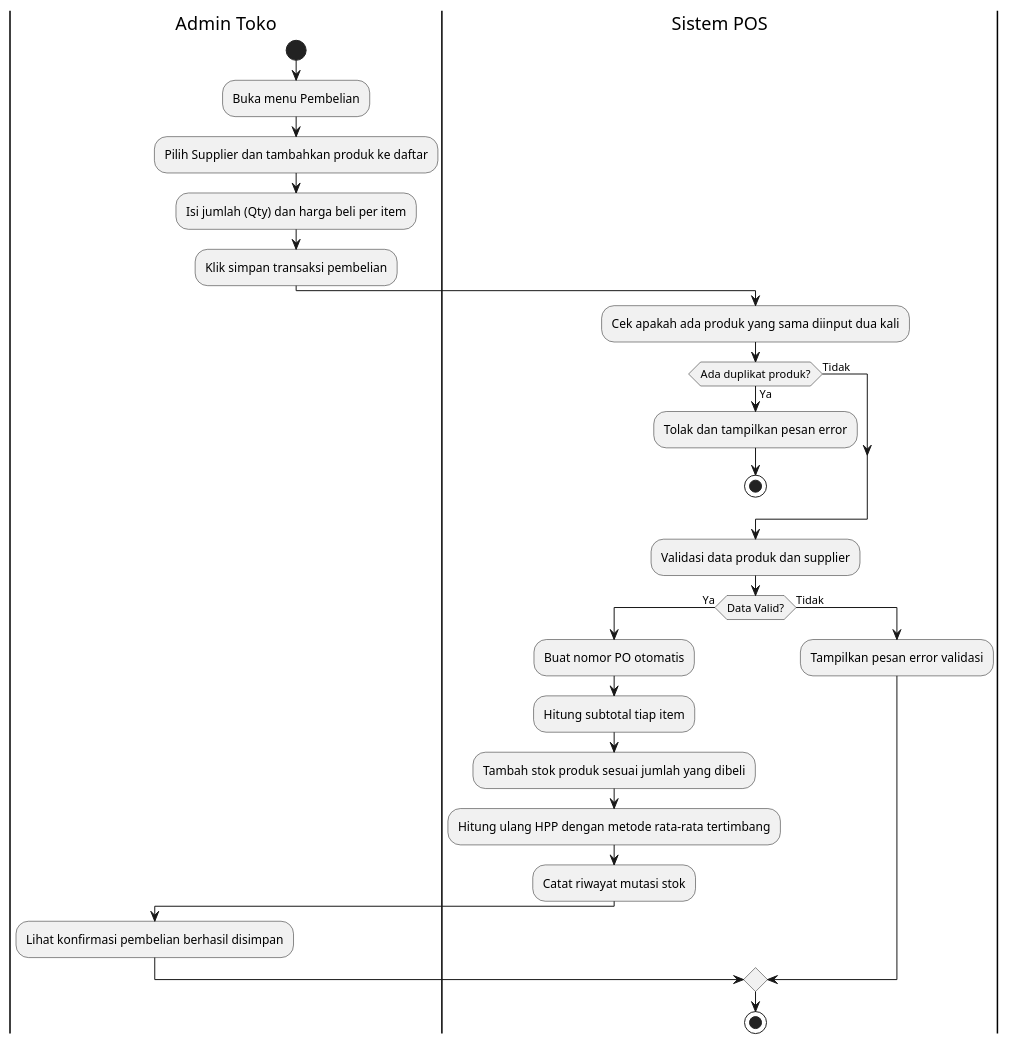
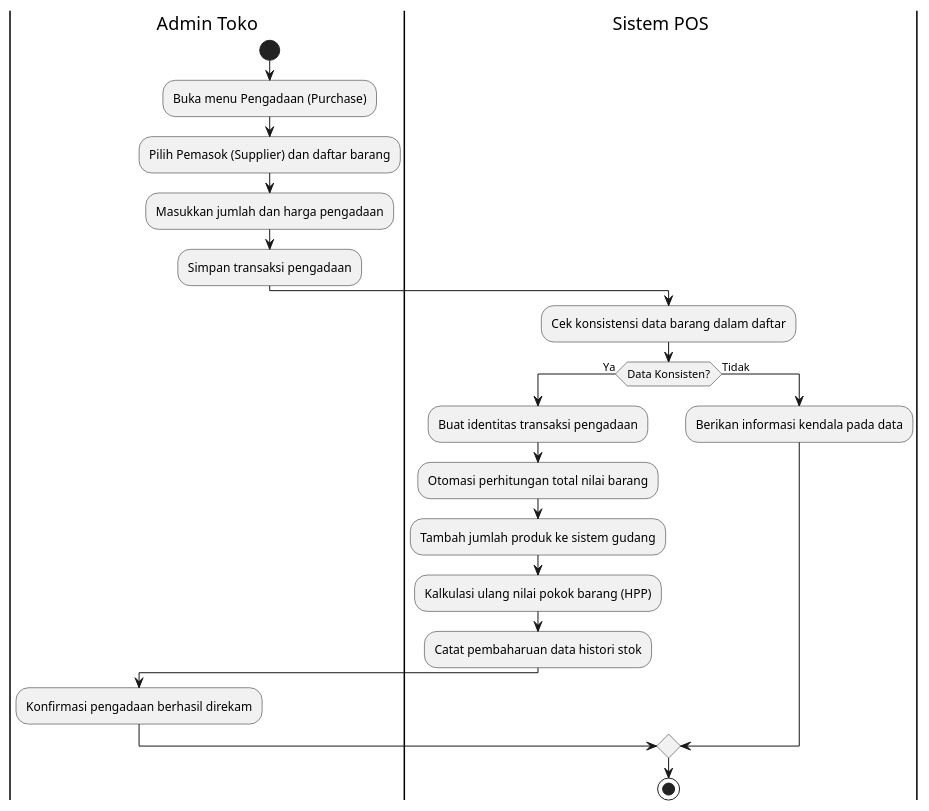
Before and after one commit to Aditiarzky/pos-app: the diagram in docs/uml-activity-purchase.puml, drawn with PlantUML. The commit also changed 21 other files, not shown here.

```diff
--- a/docs/uml-activity-purchase.puml
+++ b/docs/uml-activity-purchase.puml
@@ -1,30 +1,24 @@
 @startuml
 |Admin Toko|
 start
-:Buka menu Pembelian;
-:Pilih Supplier dan tambahkan produk ke daftar;
-:Isi jumlah (Qty) dan harga beli per item;
-:Klik simpan transaksi pembelian;
+:Buka menu Pengadaan (Purchase);
+:Pilih Pemasok (Supplier) dan daftar barang;
+:Masukkan jumlah dan harga pengadaan;
+:Simpan transaksi pengadaan;
 
 |Sistem POS|
-:Cek apakah ada produk yang sama diinput dua kali;
-if (Ada duplikat produk?) then (Ya)
-  :Tolak dan tampilkan pesan error;
-  stop
-else (Tidak)
-endif
-:Validasi data produk dan supplier;
-if (Data Valid?) then (Ya)
-  :Buat nomor PO otomatis;
-  :Hitung subtotal tiap item;
-  :Tambah stok produk sesuai jumlah yang dibeli;
-  :Hitung ulang HPP dengan metode rata-rata tertimbang;
-  :Catat riwayat mutasi stok;
+:Cek konsistensi data barang dalam daftar;
+if (Data Konsisten?) then (Ya)
+  :Buat identitas transaksi pengadaan;
+  :Otomasi perhitungan total nilai barang;
+  :Tambah jumlah produk ke sistem gudang;
+  :Kalkulasi ulang nilai pokok barang (HPP);
+  :Catat pembaharuan data histori stok;
   |Admin Toko|
-  :Lihat konfirmasi pembelian berhasil disimpan;
+  :Konfirmasi pengadaan berhasil direkam;
 else (Tidak)
   |Sistem POS|
-  :Tampilkan pesan error validasi;
+  :Berikan informasi kendala pada data;
 endif
 stop
 @enduml
```
